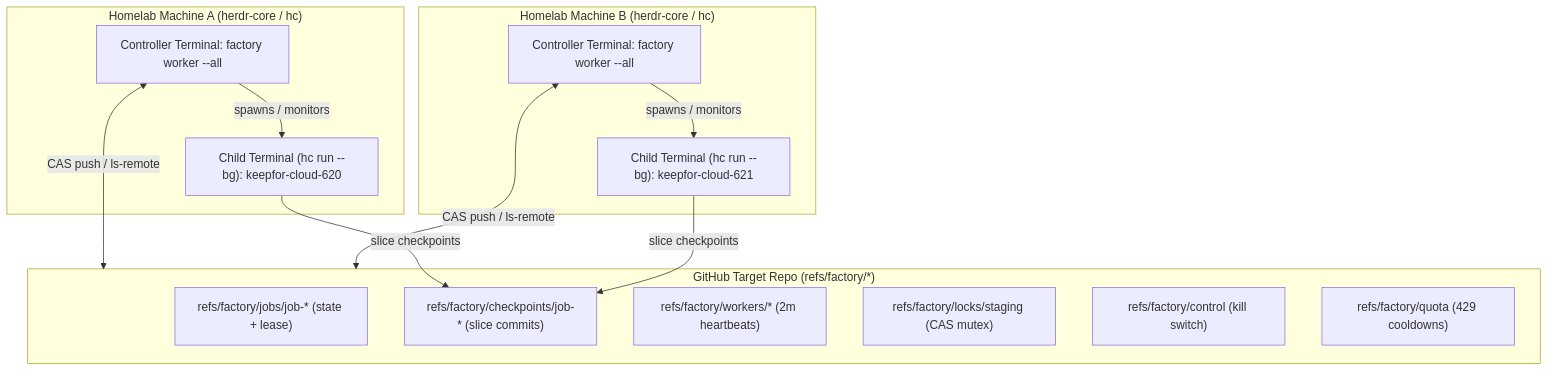
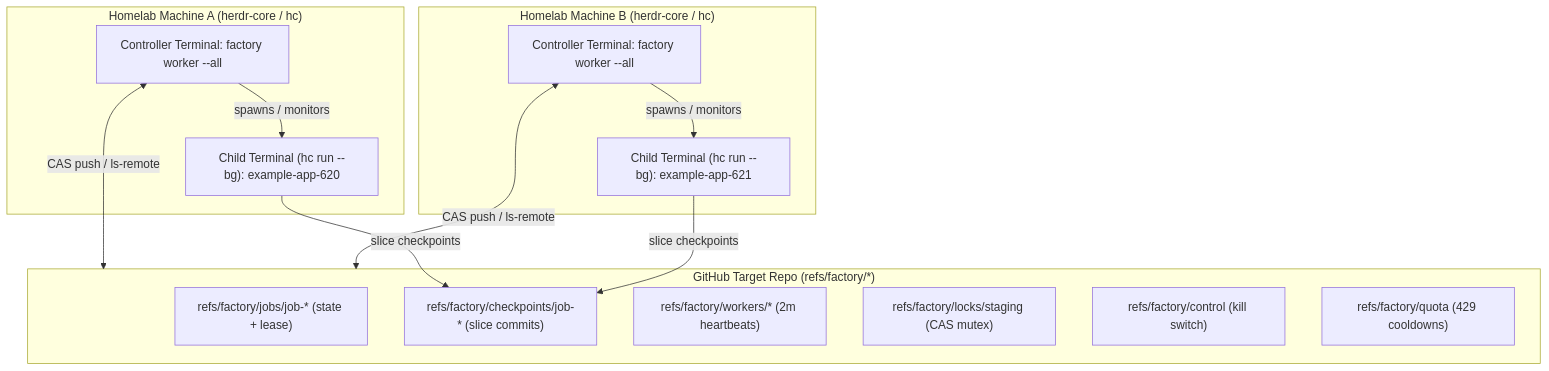
The diagram in docs/superpowers/specs/2026-11-15-multi-machine-durable-factory-design.md (melcutz/software-factory), drawn with Mermaid before and after one commit. The commit also changed other lines of this file and 41 other files, not shown here.

````diff
--- a/docs/superpowers/specs/2026-11-15-multi-machine-durable-factory-design.md
+++ b/docs/superpowers/specs/2026-11-15-multi-machine-durable-factory-design.md
@@ -38,28 +38,28 @@
 ```mermaid
 flowchart TD
     subgraph MachineA["Homelab Machine A (herdr-core / hc)"]
         WA["Controller Terminal: factory worker --all"]
-        JA1["Child Terminal (hc run --bg): keepfor-cloud-620"]
+        JA1["Child Terminal (hc run --bg): example-app-620"]
         WA -->|spawns / monitors| JA1
     end
 
     subgraph MachineB["Homelab Machine B (herdr-core / hc)"]
         WB["Controller Terminal: factory worker --all"]
-        JB1["Child Terminal (hc run --bg): keepfor-cloud-621"]
+        JB1["Child Terminal (hc run --bg): example-app-621"]
         WB -->|spawns / monitors| JB1
     end
 
     subgraph GitHub["GitHub Target Repo (refs/factory/*)"]
         RJ["refs/factory/jobs/job-* (state + lease)"]
         RC["refs/factory/checkpoints/job-* (slice commits)"]
         RW["refs/factory/workers/* (2m heartbeats)"]
         RL["refs/factory/locks/staging (CAS mutex)"]
         RK["refs/factory/control (kill switch)"]
         RQ["refs/factory/quota (429 cooldowns)"]
     end
 
     WA <-->|CAS push / ls-remote| GitHub
     WB <-->|CAS push / ls-remote| GitHub
     JA1 -->|slice checkpoints| RC
     JB1 -->|slice checkpoints| RC
 ```
````
